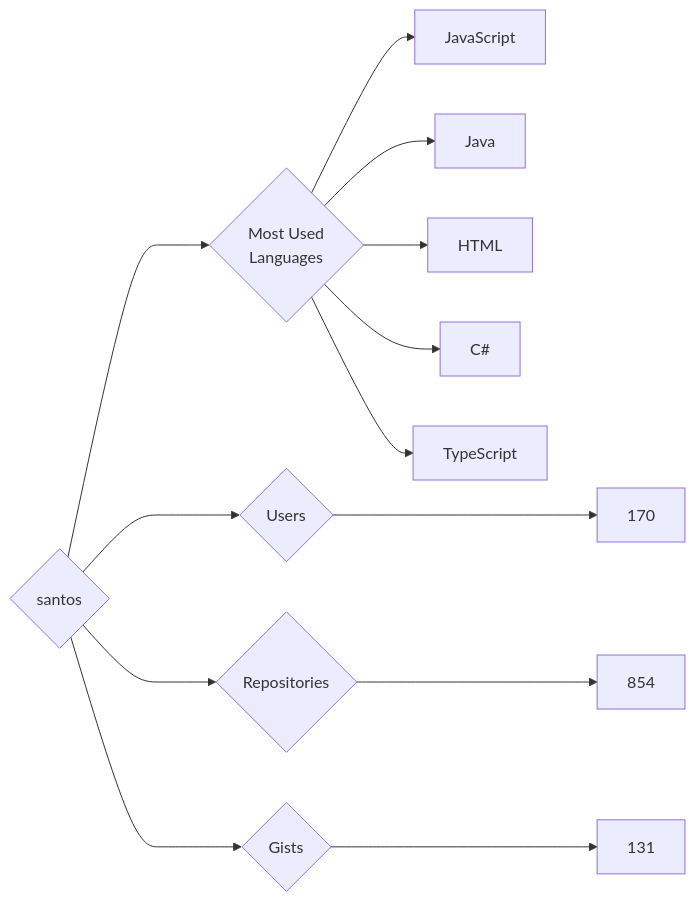
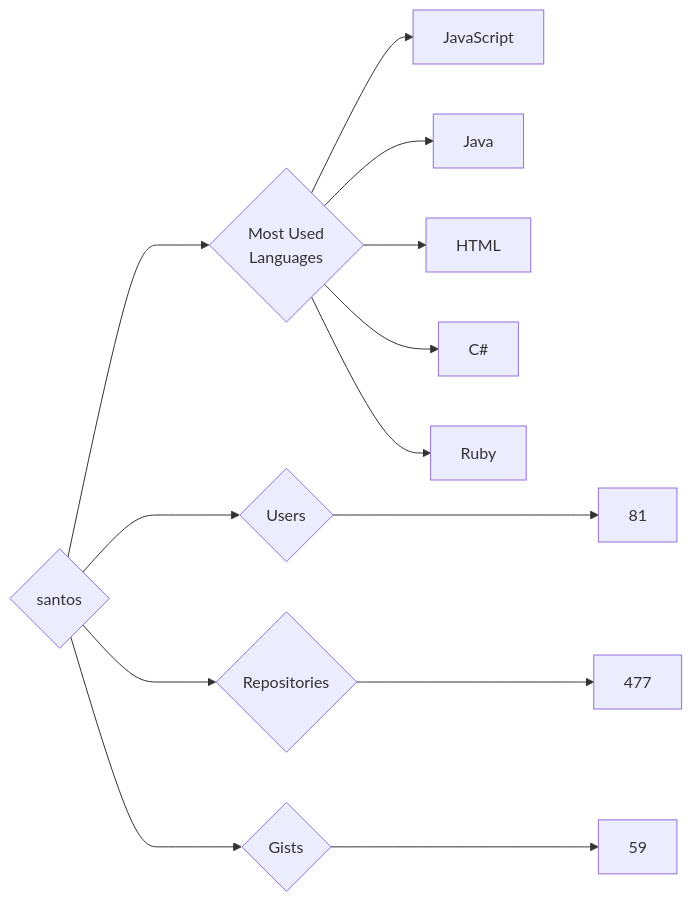
Before and after one commit to trickest/insiders: the diagram in targets/santos/README.md, drawn with Mermaid. The commit also changed 835 other files, not shown here.

````diff
--- a/targets/santos/README.md
+++ b/targets/santos/README.md
@@ -3,13 +3,13 @@
 ```mermaid
 graph LR
 COMPANY_NAME{santos}
-COMPANY_NAME ---> U{Users} ---> UN[170]
-COMPANY_NAME ---> R{Repositories} ---> RN[854]
-COMPANY_NAME ---> G{Gists} ---> GN[131]
+COMPANY_NAME ---> U{Users} ---> UN[81]
+COMPANY_NAME ---> R{Repositories} ---> RN[477]
+COMPANY_NAME ---> G{Gists} ---> GN[59]
 COMPANY_NAME ---> ML{Most Used<br>Languages}
 ML --> JavaScript[JavaScript]
 ML --> Java[Java]
 ML --> HTML[HTML]
 ML --> C#[C#]
-ML --> TypeScript[TypeScript]
+ML --> Ruby[Ruby]
 ```
````
